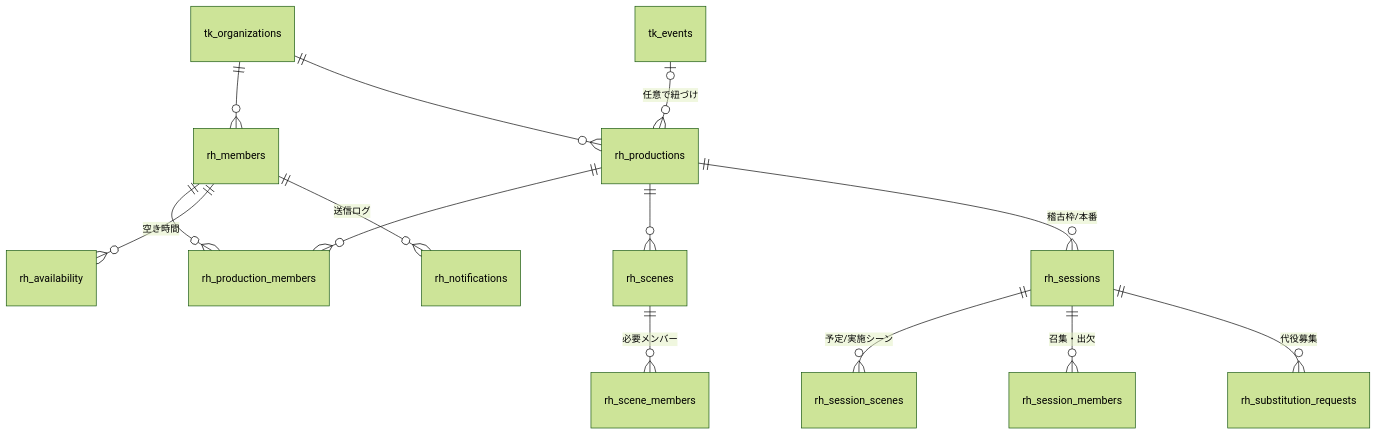
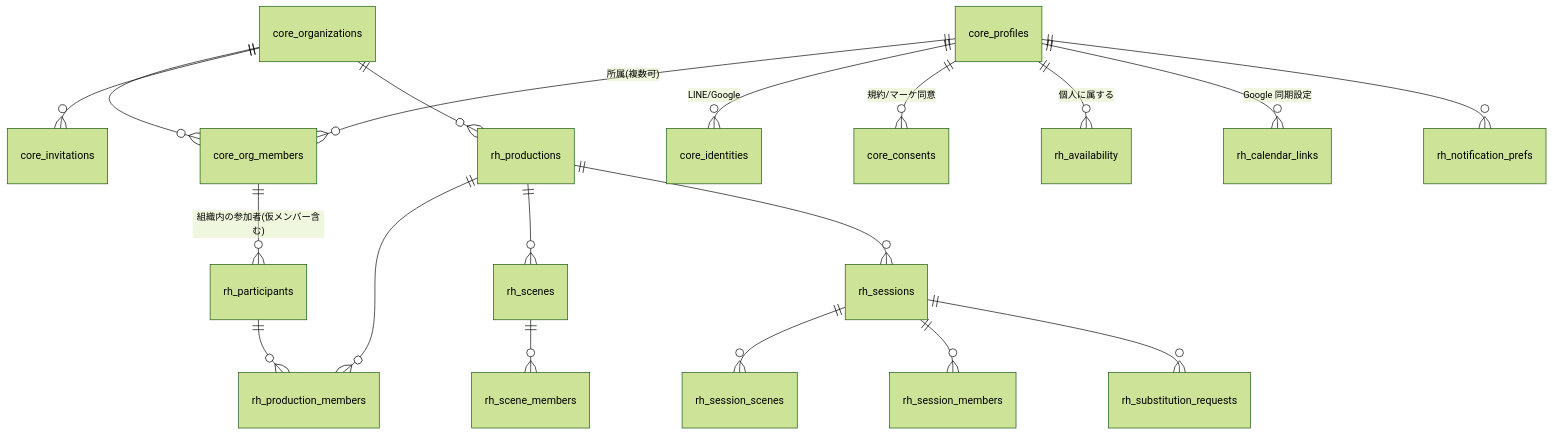
One commit to puzzliar/theater-ticket changed the diagram in docs/rehearsal-requirements.md. Above: the diagram before and after it, drawn with Mermaid (forest theme). The commit also changed other lines of this file and 2 other files, not shown here.

````diff
--- a/docs/rehearsal-requirements.md
+++ b/docs/rehearsal-requirements.md
@@ -155,16 +202,22 @@
 ```mermaid
 erDiagram
-    tk_organizations ||--o{ rh_members : ""
-    tk_organizations ||--o{ rh_productions : ""
-    tk_events |o--o{ rh_productions : "任意で紐づけ"
+    core_profiles ||--o{ core_org_members : "所属(複数可)"
+    core_organizations ||--o{ core_org_members : ""
+    core_organizations ||--o{ core_invitations : ""
+    core_profiles ||--o{ core_identities : "LINE/Google"
+    core_profiles ||--o{ core_consents : "規約/マーケ同意"
+
+    core_organizations ||--o{ rh_productions : ""
+    core_org_members ||--o{ rh_participants : "組織内の参加者(仮メンバー含む)"
     rh_productions ||--o{ rh_production_members : ""
-    rh_members ||--o{ rh_production_members : ""
+    rh_participants ||--o{ rh_production_members : ""
     rh_productions ||--o{ rh_scenes : ""
-    rh_scenes ||--o{ rh_scene_members : "必要メンバー"
-    rh_productions ||--o{ rh_sessions : "稽古枠/本番"
-    rh_sessions ||--o{ rh_session_scenes : "予定/実施シーン"
-    rh_sessions ||--o{ rh_session_members : "召集・出欠"
-    rh_members ||--o{ rh_availability : "空き時間"
-    rh_sessions ||--o{ rh_substitution_requests : "代役募集"
-    rh_members ||--o{ rh_notifications : "送信ログ"
+    rh_scenes ||--o{ rh_scene_members : ""
+    rh_productions ||--o{ rh_sessions : ""
+    rh_sessions ||--o{ rh_session_scenes : ""
+    rh_sessions ||--o{ rh_session_members : ""
+    core_profiles ||--o{ rh_availability : "個人に属する"
+    core_profiles ||--o{ rh_calendar_links : "Google 同期設定"
+    core_profiles ||--o{ rh_notification_prefs : ""
+    rh_sessions ||--o{ rh_substitution_requests : ""
 ```
````
